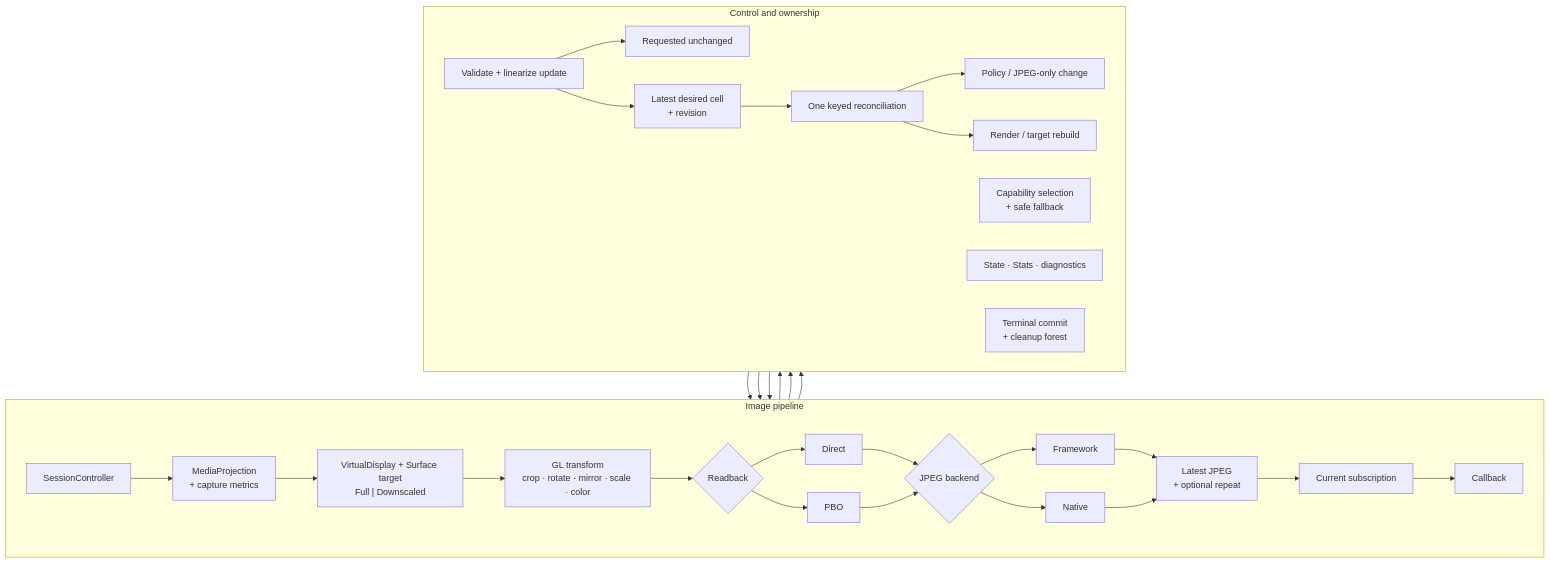
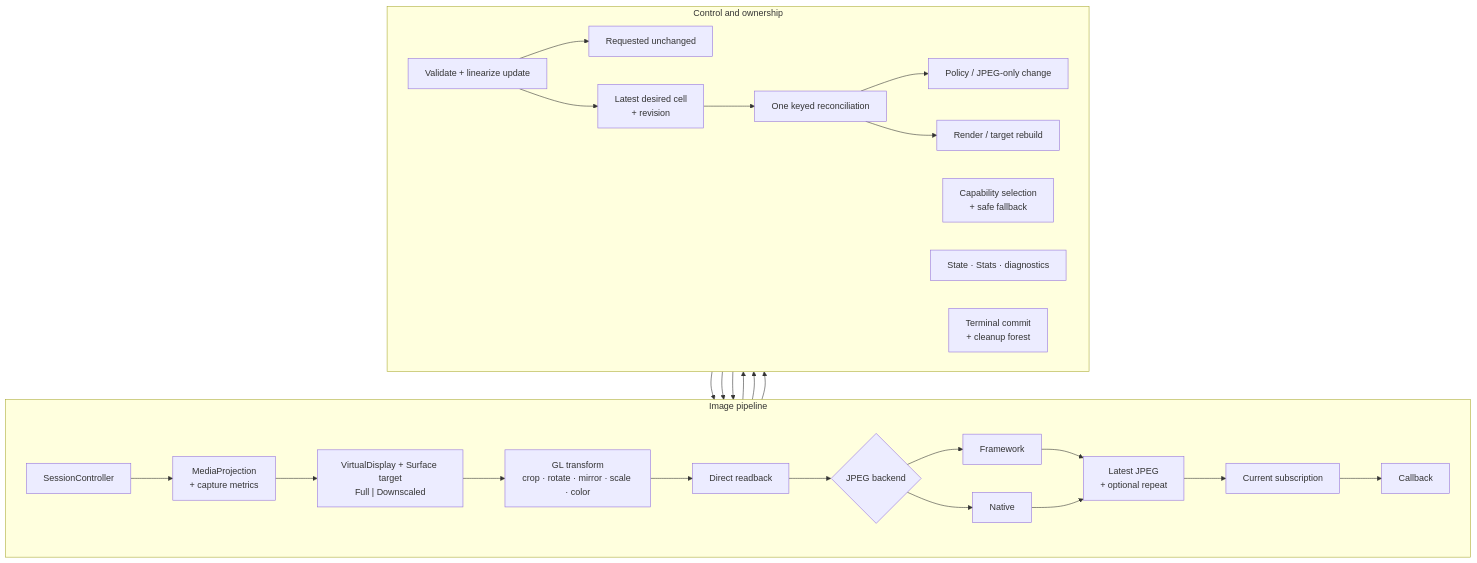
One commit to dkrivoruchko/ScreenStream changed the diagram in screencaptureengine/design/02_architecture.md. Above: the diagram before and after it, drawn with Mermaid. The commit also changed other lines of this file and 9 other files, not shown here.

````diff
--- a/screencaptureengine/design/02_architecture.md
+++ b/screencaptureengine/design/02_architecture.md
@@ -5,45 +5,42 @@
 ```mermaid
 flowchart TB
     subgraph DATA["Image pipeline"]
         direction LR
         SESSION["SessionController"] --> SOURCE["MediaProjection<br/>+ capture metrics"]
         SOURCE --> TARGET["VirtualDisplay + Surface target<br/>Full | Downscaled"]
         TARGET --> GL["GL transform<br/>crop · rotate · mirror · scale · color"]
-        GL --> READBACK{"Readback"}
-        READBACK --> DIRECT["Direct"]
-        READBACK --> PBO["PBO"]
-        DIRECT --> JPEG{"JPEG backend"}
-        PBO --> JPEG
+        GL --> READBACK["Direct readback"]
+        READBACK --> JPEG{"JPEG backend"}
         JPEG --> FRAMEWORK["Framework"]
         JPEG --> NATIVE["Native"]
         FRAMEWORK --> CACHE["Latest JPEG<br/>+ optional repeat"]
         NATIVE --> CACHE
         CACHE --> SUB["Current subscription"]
         SUB --> CALLBACK["Callback"]
     end
 
     subgraph CONTROL["Control and ownership"]
         direction LR
         UPDATE["Validate + linearize update"]
         NOOP["Requested unchanged"]
         DESIRED["Latest desired cell<br/>+ revision"]
         RECONCILE["One keyed reconciliation"]
         POLICY["Policy / JPEG-only change"]
         REBUILD["Render / target rebuild"]
         SELECT["Capability selection<br/>+ safe fallback"]
         OBS["State · Stats · diagnostics"]
         FINISH["Terminal commit<br/>+ cleanup forest"]
     end
 
     UPDATE --> NOOP
     UPDATE --> DESIRED
     DESIRED --> RECONCILE
     RECONCILE --> POLICY
     RECONCILE --> REBUILD
     POLICY --> SESSION
     REBUILD --> SESSION
     SESSION --> SELECT
     SELECT --> SESSION
     SESSION --> OBS
     SESSION --> FINISH
 ```
````
